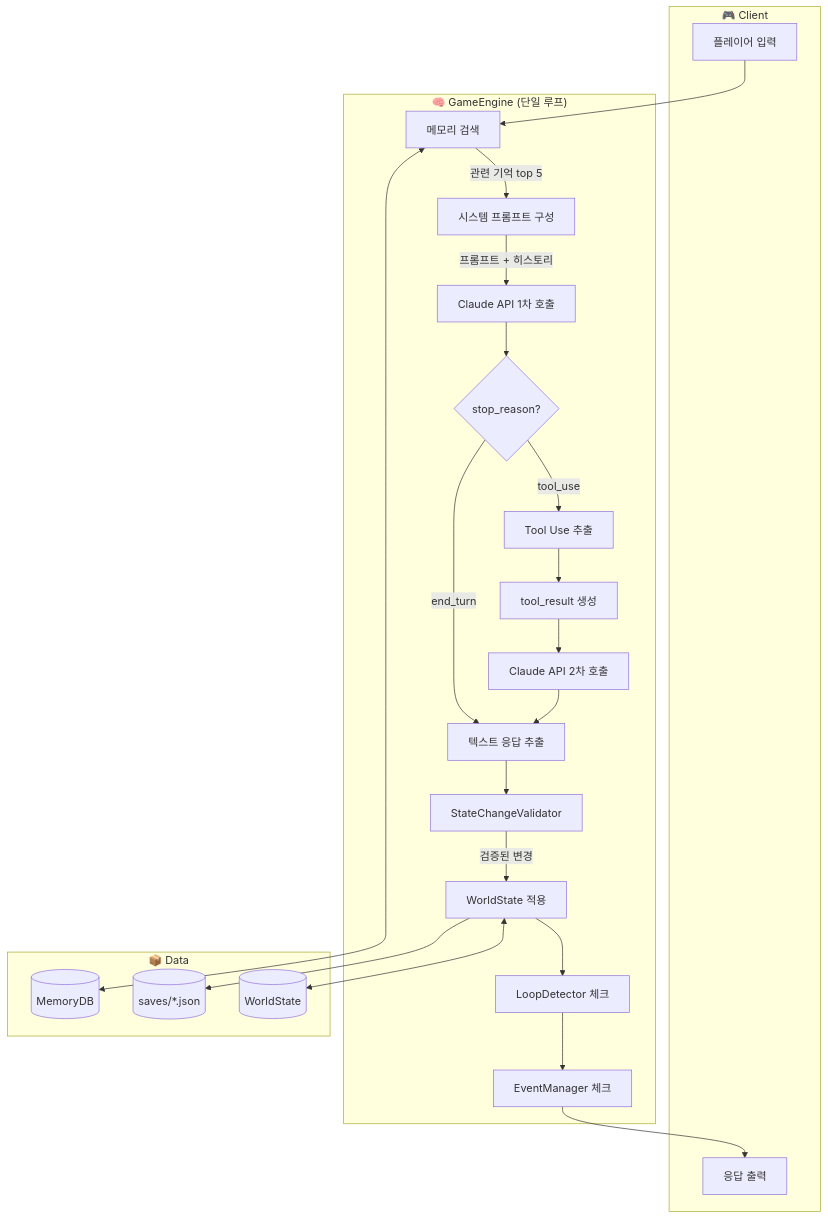
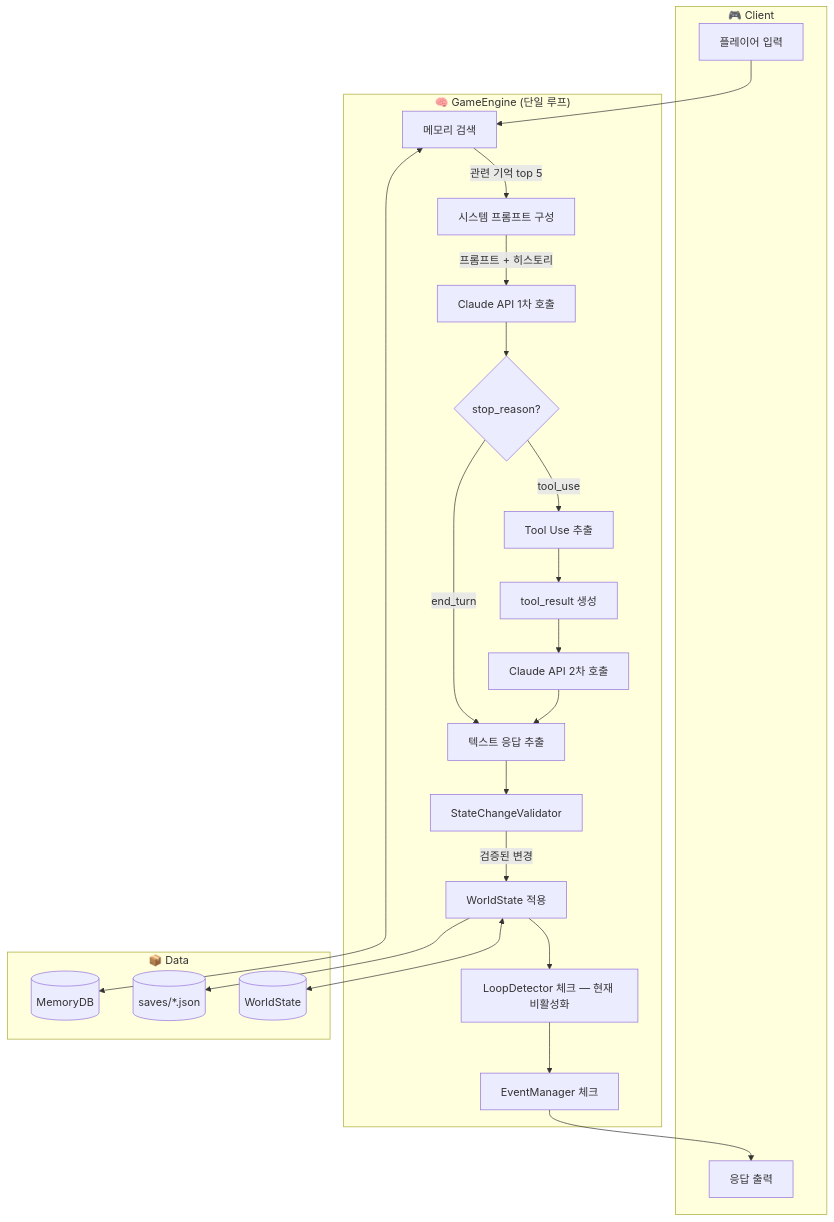
Before and after one commit to leejunyoung0610/living-world-engine: the diagram in docs/ARCHITECTURE.md, drawn with Mermaid. The commit also changed other lines of this file and 6 other files, not shown here.

````diff
--- a/docs/ARCHITECTURE.md
+++ b/docs/ARCHITECTURE.md
@@ -12,47 +12,47 @@
 ```mermaid
 graph TB
     subgraph "🎮 Client"
         A[플레이어 입력]
         Z[응답 출력]
     end
 
     subgraph "🧠 GameEngine (단일 루프)"
         B[메모리 검색]
         C[시스템 프롬프트 구성]
         D[Claude API 1차 호출]
         E{stop_reason?}
         F[Tool Use 추출]
         G[tool_result 생성]
         H[Claude API 2차 호출]
         I[텍스트 응답 추출]
         J[StateChangeValidator]
         K[WorldState 적용]
-        L[LoopDetector 체크]
+        L[LoopDetector 체크 — 현재 비활성화]
         M[EventManager 체크]
     end
 
     subgraph "📦 Data"
         N[(WorldState)]
         O[(MemoryDB)]
         P[(saves/*.json)]
     end
 
     A --> B
     B --> |관련 기억 top 5| C
     C --> |프롬프트 + 히스토리| D
     D --> E
     E --> |tool_use| F
     F --> G
     G --> H
     H --> I
     E --> |end_turn| I
     I --> J
     J --> |검증된 변경| K
     K --> L
     L --> M
     M --> Z
 
     K <--> N
     B <--> O
     K --> P
 ```
````
